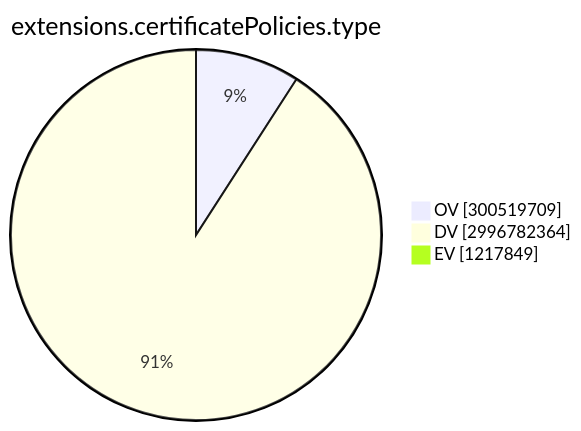
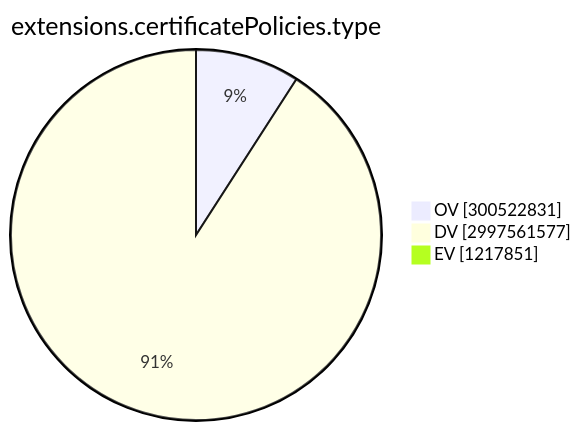
The ninth of 15 diagrams in TOTAL/README.md (christiankrug/ctmonitor_visualization), drawn with Mermaid before and after one commit. The commit also changed other lines of this file, not shown here.

````diff
--- a/TOTAL/README.md
+++ b/TOTAL/README.md
@@ -3102,7 +3102,7 @@
 ```mermaid
 pie showData
 title extensions.certificatePolicies.type
-"OV" :300519709
-"DV" :2996782364
-"EV" :1217849
+"OV" :300522831
+"DV" :2997561577
+"EV" :1217851
 ```
````
